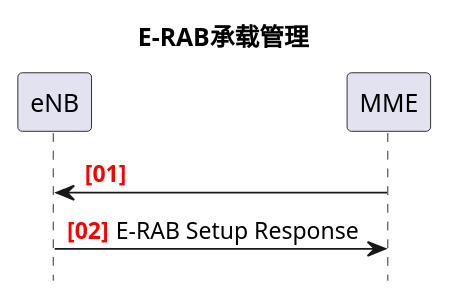
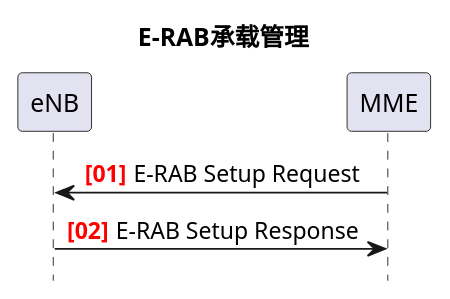
Before and after one commit to loseblue/lte_message_flow: the third of 4 diagrams in 0201主要信令流程.adoc, drawn with PlantUML.

Commit message:
* modify erab管理

```diff
--- a/0201主要信令流程.adoc
+++ b/0201主要信令流程.adoc
@@ -83,13 +83,13 @@
 [plantuml]
 ---------------------------------------------------------------------
 @startuml
 hide footbox
 autonumber "<b><font color=red >[00]"
 
 title E-RAB承载管理
 participant eNB
-MME -> eNB: 
+MME -> eNB: E-RAB Setup Request
 eNB -> MME: E-RAB Setup Response
 
 @endumll
 ---------------------------------------------------------------------
```
